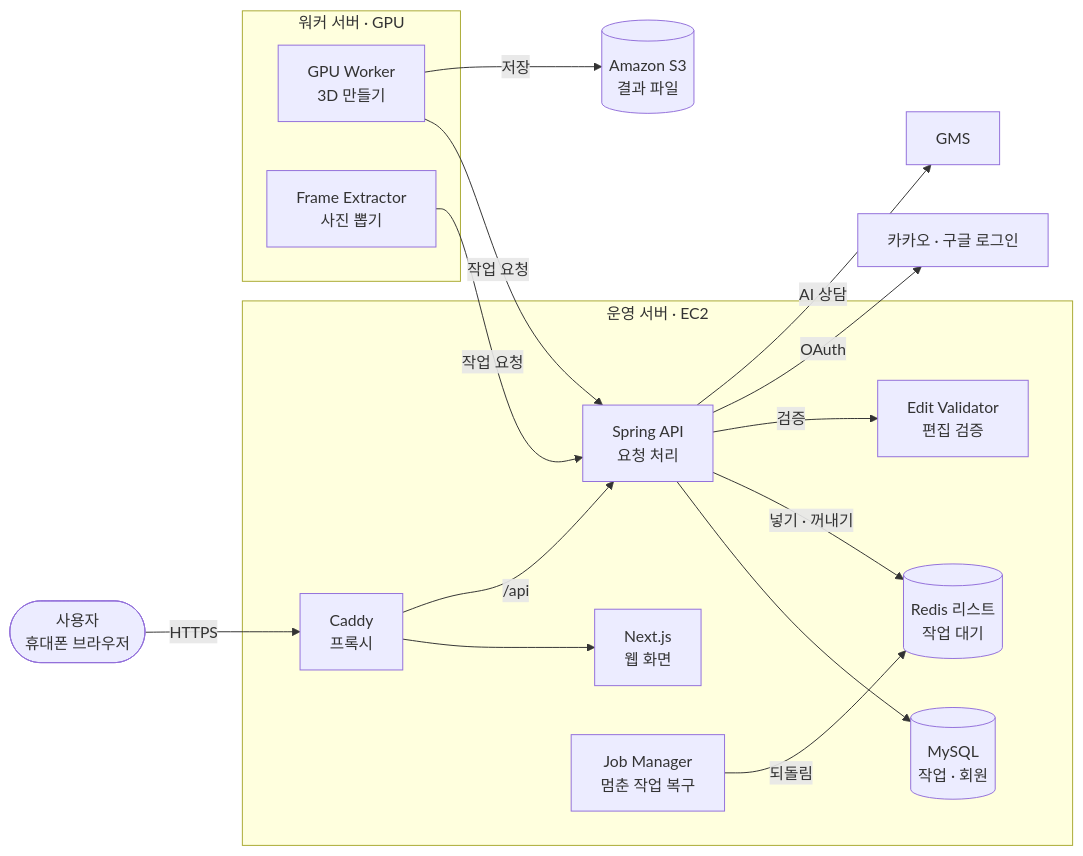
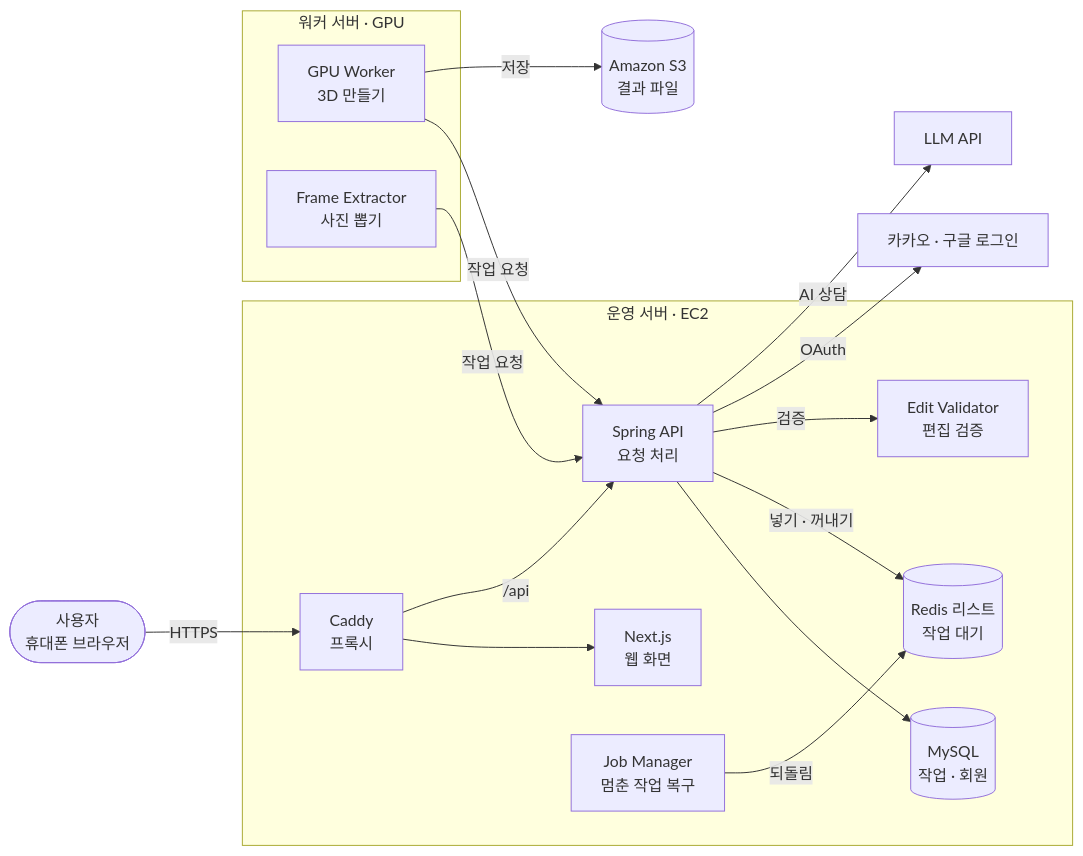
Before and after one commit to scnelMG/preface: the diagram in README.md, drawn with Mermaid. The commit also changed other lines of this file, not shown here.

Commit message:
docs: SSAFY 내부 용어 정리, LLM 표기 통일

````diff
--- a/README.md
+++ b/README.md
@@ -260,23 +260,23 @@
 ```mermaid
 flowchart LR
   user([사용자<br/>휴대폰 브라우저]) -->|HTTPS| caddy
 
   subgraph ec2[운영 서버 · EC2]
     caddy[Caddy<br/>프록시] --> web[Next.js<br/>웹 화면]
     caddy -->|/api| api[Spring API<br/>요청 처리]
     api --> mysql[(MySQL<br/>작업 · 회원)]
     api -->|넣기 · 꺼내기| redis[(Redis 리스트<br/>작업 대기)]
     jm[Job Manager<br/>멈춘 작업 복구] -->|되돌림| redis
     api -->|검증| ev[Edit Validator<br/>편집 검증]
   end
 
   subgraph gpu[워커 서버 · GPU]
     worker[GPU Worker<br/>3D 만들기]
     fx[Frame Extractor<br/>사진 뽑기] -->|작업 요청| api
   end
 
   worker -->|작업 요청| api
   worker -->|저장| s3[(Amazon S3<br/>결과 파일)]
   api -->|OAuth| oauth[카카오 · 구글 로그인]
-  api -->|AI 상담| gms[GMS]
+  api -->|AI 상담| gms[LLM API]
 ```
````
